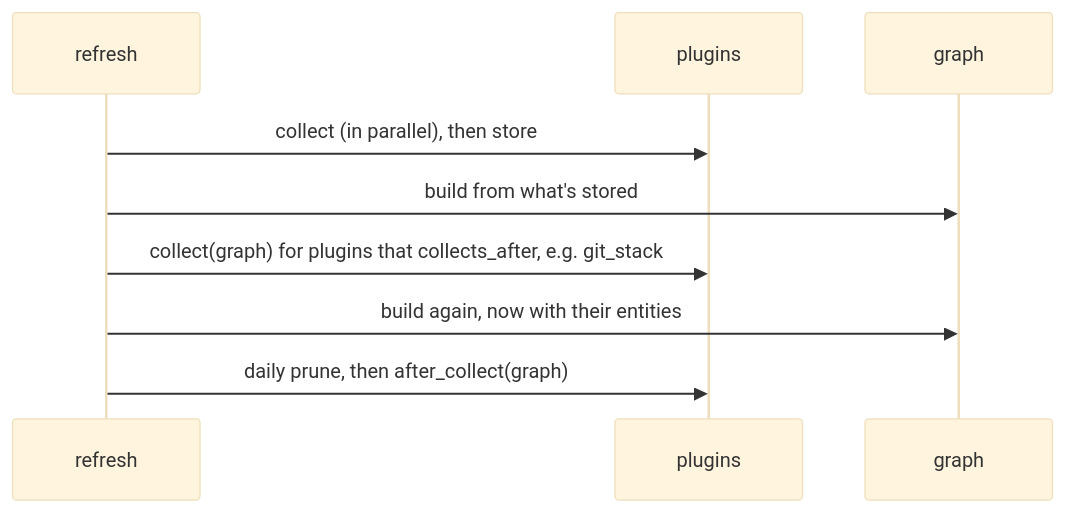
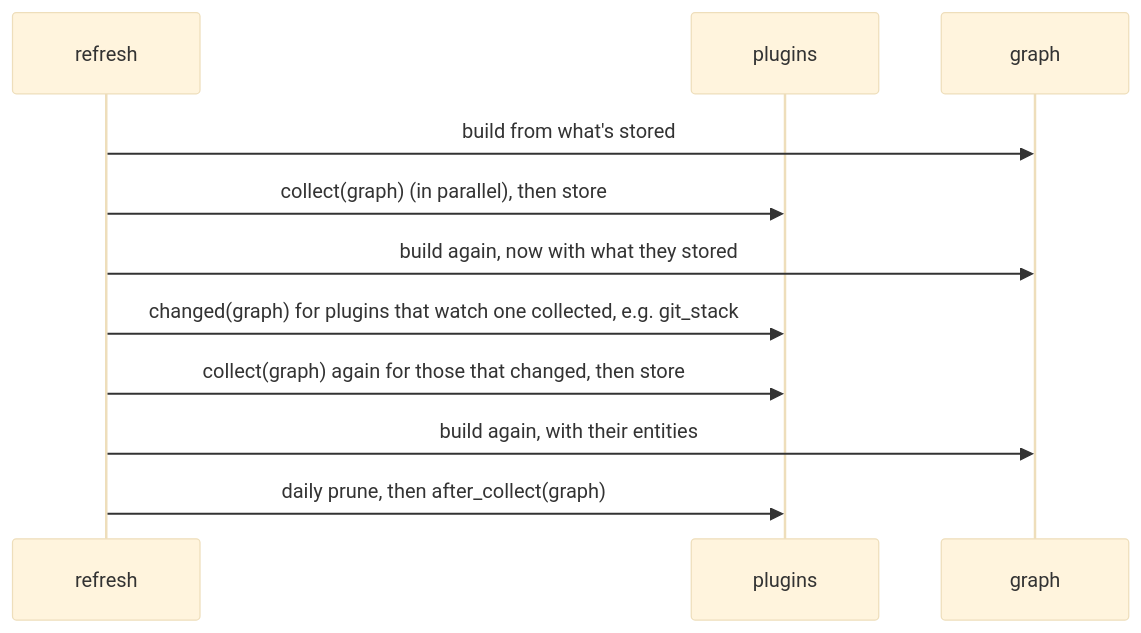
One commit to benekastah/move-forward changed the third of 4 diagrams in docs/graph.md. Above: the diagram before and after it, drawn with Mermaid (base theme). The commit also changed other lines of this file and 15 other files, not shown here.

First line of the commit message:
Collect every plugin at once, then settle the plugins watching them

````diff
--- a/docs/graph.md
+++ b/docs/graph.md
@@ -93,11 +94,13 @@
 ```mermaid
 sequenceDiagram
     participant R as refresh
     participant P as plugins
     participant G as graph
-    R->>P: collect (in parallel), then store
     R->>G: build from what's stored
-    R->>P: collect(graph) for plugins that collects_after, e.g. git_stack
-    R->>G: build again, now with their entities
+    R->>P: collect(graph) (in parallel), then store
+    R->>G: build again, now with what they stored
+    R->>P: changed(graph) for plugins that watch one collected, e.g. git_stack
+    R->>P: collect(graph) again for those that changed, then store
+    R->>G: build again, with their entities
     R->>P: daily prune, then after_collect(graph)
 ```
````
